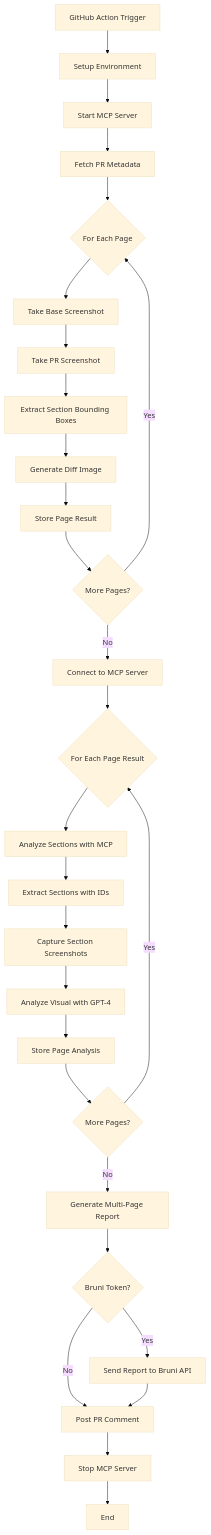
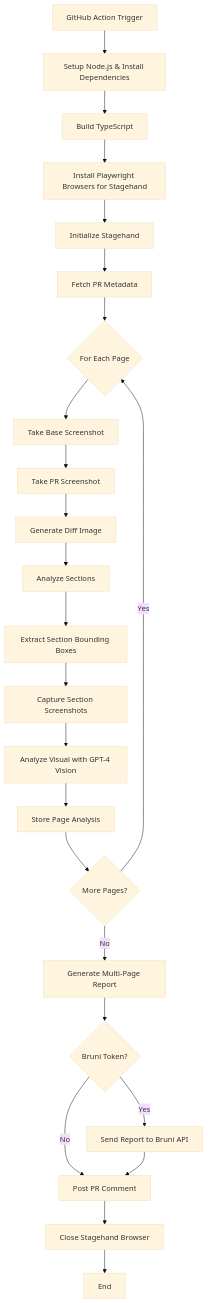
The first of 7 diagrams in docs/workflow-diagram.md (nevinbuilds/bruniai-action), drawn with Mermaid (base theme) before and after one commit. The commit also changed other lines of this file and 8 other files, not shown here.

````diff
--- a/docs/workflow-diagram.md
+++ b/docs/workflow-diagram.md
@@ -5,30 +5,26 @@
 ```mermaid
 graph TD
-    A[GitHub Action Trigger] --> B[Setup Environment]
-    B --> C[Start MCP Server]
-    C --> D[Fetch PR Metadata]
-    D --> E{For Each Page}
-    E --> F[Take Base Screenshot]
-    F --> G[Take PR Screenshot]
-    G --> H[Extract Section Bounding Boxes]
-    H --> I[Generate Diff Image]
-    I --> J[Store Page Result]
-    J --> K{More Pages?}
-    K -->|Yes| E
-    K -->|No| L[Connect to MCP Server]
-    L --> M{For Each Page Result}
-    M --> N[Analyze Sections with MCP]
-    N --> O[Extract Sections with IDs]
-    O --> P[Capture Section Screenshots]
-    P --> Q[Analyze Visual with GPT-4]
-    Q --> R[Store Page Analysis]
-    R --> S{More Pages?}
-    S -->|Yes| M
-    S -->|No| T[Generate Multi-Page Report]
-    T --> U{Bruni Token?}
-    U -->|Yes| V[Send Report to Bruni API]
-    U -->|No| W[Post PR Comment]
-    V --> W
-    W --> X[Stop MCP Server]
-    X --> Y[End]
+    A[GitHub Action Trigger] --> B[Setup Node.js & Install Dependencies]
+    B --> C[Build TypeScript]
+    C --> D[Install Playwright Browsers for Stagehand]
+    D --> E[Initialize Stagehand]
+    E --> F[Fetch PR Metadata]
+    F --> G{For Each Page}
+    G --> H[Take Base Screenshot]
+    H --> I[Take PR Screenshot]
+    I --> J[Generate Diff Image]
+    J --> K[Analyze Sections]
+    K --> L[Extract Section Bounding Boxes]
+    L --> M[Capture Section Screenshots]
+    M --> N[Analyze Visual with GPT-4 Vision]
+    N --> O[Store Page Analysis]
+    O --> P{More Pages?}
+    P -->|Yes| G
+    P -->|No| Q[Generate Multi-Page Report]
+    Q --> R{Bruni Token?}
+    R -->|Yes| S[Send Report to Bruni API]
+    R -->|No| T[Post PR Comment]
+    S --> T
+    T --> U[Close Stagehand Browser]
+    U --> V[End]
 ```
````
